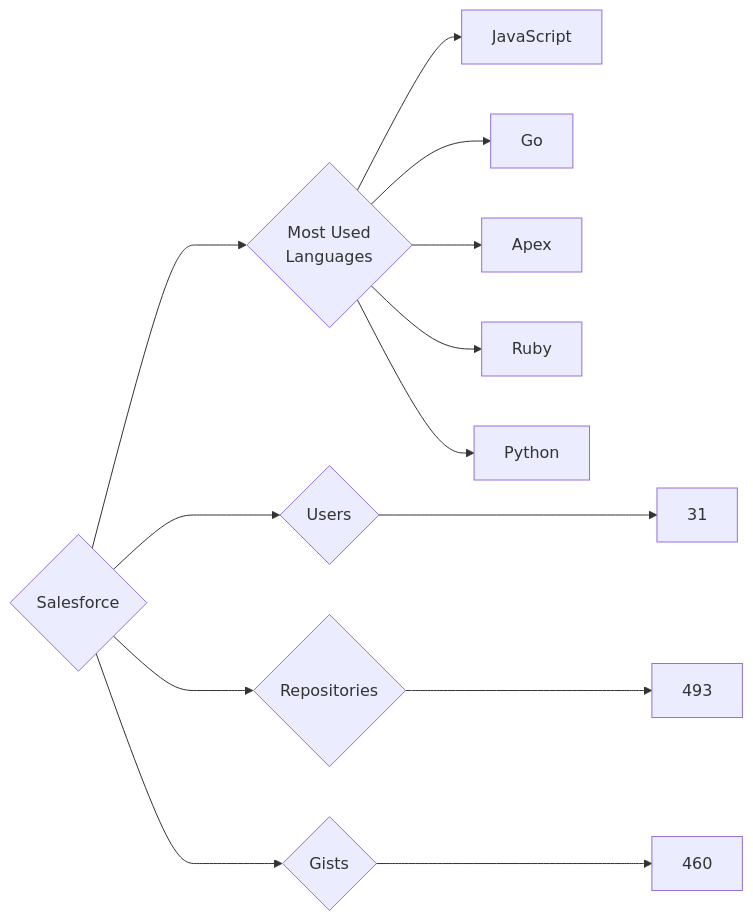
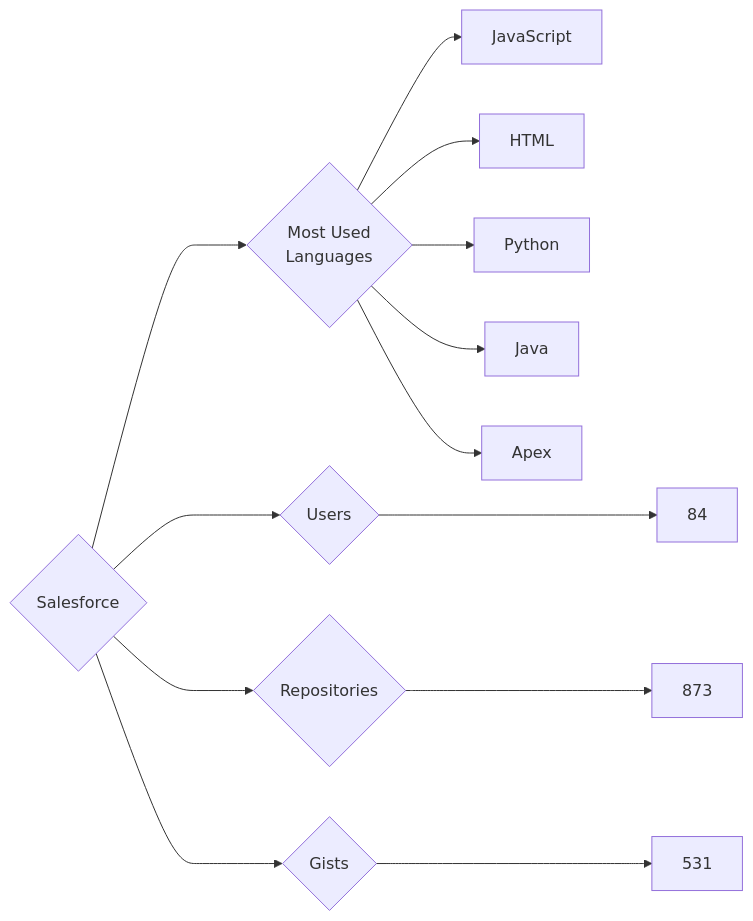
The diagram in targets/Salesforce/README.md (trickest/insiders), drawn with Mermaid before and after one commit. The commit also changed 976 other files, not shown here.

````diff
--- a/targets/Salesforce/README.md
+++ b/targets/Salesforce/README.md
@@ -3,13 +3,13 @@
 ```mermaid
 graph LR
 COMPANY_NAME{Salesforce}
-COMPANY_NAME ---> U{Users} ---> UN[31]
-COMPANY_NAME ---> R{Repositories} ---> RN[493]
-COMPANY_NAME ---> G{Gists} ---> GN[460]
+COMPANY_NAME ---> U{Users} ---> UN[84]
+COMPANY_NAME ---> R{Repositories} ---> RN[873]
+COMPANY_NAME ---> G{Gists} ---> GN[531]
 COMPANY_NAME ---> ML{Most Used<br>Languages}
 ML --> JavaScript[JavaScript]
-ML --> Go[Go]
+ML --> HTML[HTML]
+ML --> Python[Python]
+ML --> Java[Java]
 ML --> Apex[Apex]
-ML --> Ruby[Ruby]
-ML --> Python[Python]
 ```
````
